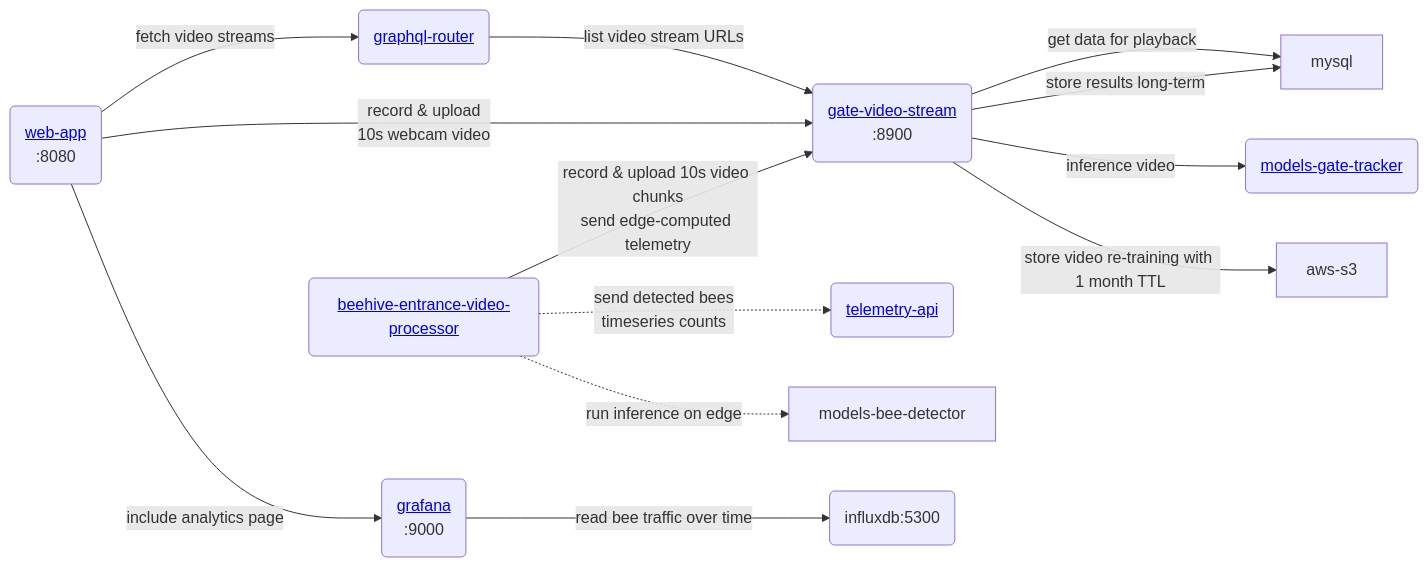
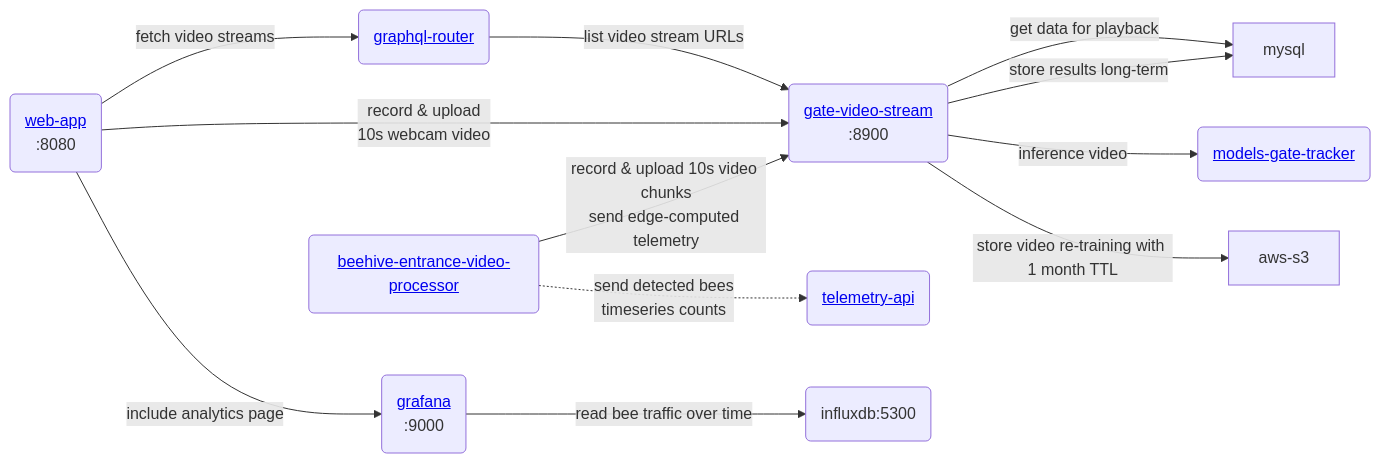
Before and after one commit to Gratheon/web-app: the third of 4 diagrams in README.md, drawn with Mermaid.

````diff
--- a/README.md
+++ b/README.md
@@ -90,19 +90,15 @@
 ```mermaid
 flowchart LR
 	web-app("<a href='https://github.com/Gratheon/web-app'>web-app</a>\n:8080") --"fetch video streams"--> graphql-router("<a href='https://github.com/Gratheon/graphql-router'>graphql-router</a>") --"list video stream URLs"--> gate-video-stream -- "get data for playback" --> mysql
 
 	web-app --"record & upload \n 10s webcam video"--> gate-video-stream("<a href='https://github.com/Gratheon/gate-video-stream'>gate-video-stream</a>\n:8900") --"inference video"--> models-gate-tracker("<a href='https://github.com/Gratheon/models-gate-tracker'>models-gate-tracker</a>")
 
 	gate-video-stream --"store video re-training with 1 month TTL"--> aws-s3
 	gate-video-stream --"store results long-term" --> mysql
 
 	beehive-entrance-video-processor("<a href='https://github.com/Gratheon/beehive-entrance-video-processor'>beehive-entrance-video-processor</a>") --"record & upload 10s video chunks\nsend edge-computed telemetry"--> gate-video-stream
 
 	beehive-entrance-video-processor -."send detected bees \n timeseries counts".-> telemetry-api("<a href='https://github.com/Gratheon/telemetry-api'>telemetry-api</a>")
 
-
-	beehive-entrance-video-processor -."run inference on edge".-> models-bee-detector
-
-
 	web-app --"include analytics page"--> grafana("<a href='https://github.com/Gratheon/grafana'>grafana</a>\n:9000") --"read bee traffic over time"--> influxdb("influxdb:5300")
 ```
````
